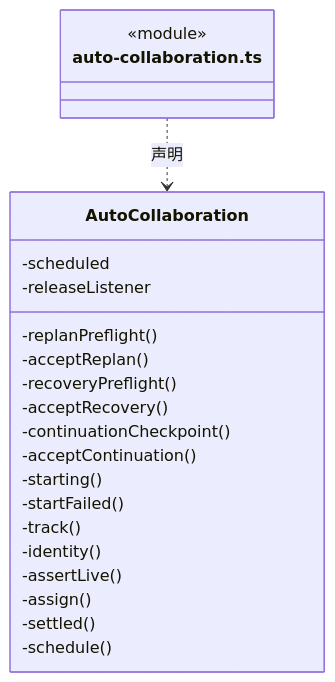
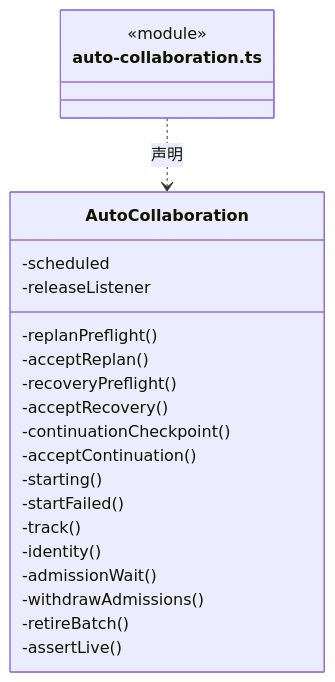
Before and after one commit to nan023062/cbim: the fourth of 42 diagrams in src/backend/scheduler-engine/execution/ARCHITECTURE.md, drawn with Mermaid. The commit also changed other lines of this file and 70 other files, not shown here.

````diff
--- a/src/backend/scheduler-engine/execution/ARCHITECTURE.md
+++ b/src/backend/scheduler-engine/execution/ARCHITECTURE.md
@@ -118,25 +146,25 @@
 ```mermaid
 classDiagram
 class N_src_backend_scheduler_engine_execution_auto_collaboration_ts["auto-collaboration.ts"] {
   <<module>>
 }
 class N_src_backend_scheduler_engine_execution_auto_collaboration_ts_AutoCollaboration["AutoCollaboration"] {
   -scheduled
   -releaseListener
   -replanPreflight()
   -acceptReplan()
   -recoveryPreflight()
   -acceptRecovery()
   -continuationCheckpoint()
   -acceptContinuation()
   -starting()
   -startFailed()
   -track()
   -identity()
+  -admissionWait()
+  -withdrawAdmissions()
+  -retireBatch()
   -assertLive()
-  -assign()
-  -settled()
-  -schedule()
 }
 N_src_backend_scheduler_engine_execution_auto_collaboration_ts ..> N_src_backend_scheduler_engine_execution_auto_collaboration_ts_AutoCollaboration : 声明
 ```
````
